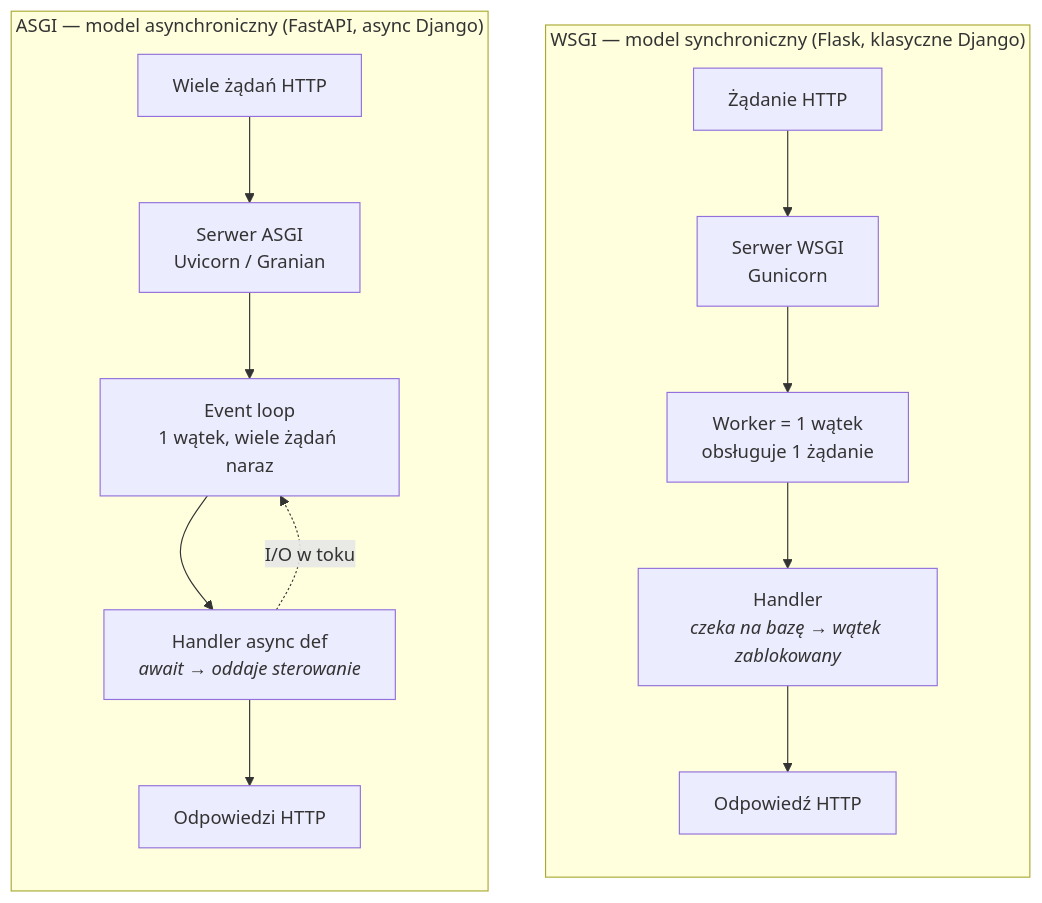
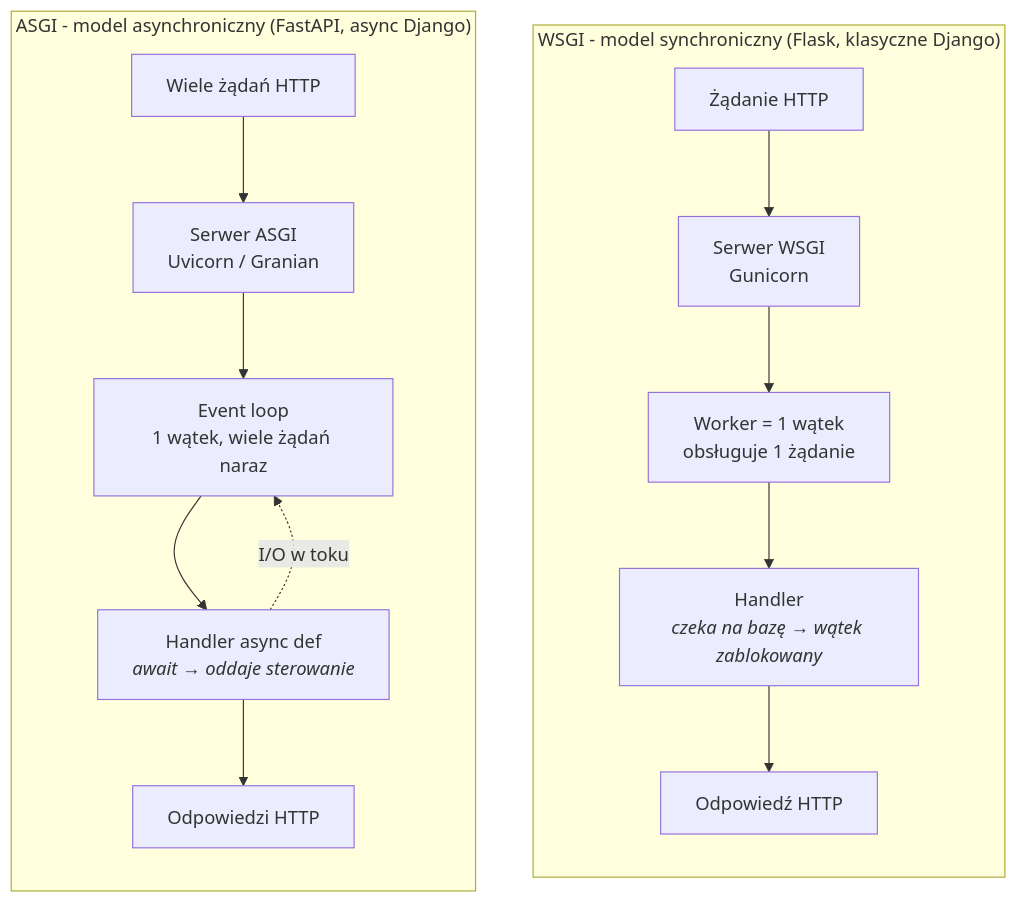
Before and after one commit to SirCypkowskyy/python-for-genai-guide: the second of 2 diagrams in docs/04-web-development.md, drawn with Mermaid. The commit also changed other lines of this file and 9 other files, not shown here.

First line of the commit message:
Zamiana em-dashy na zwykły myślnik + nowe diagramy Mermaid

````diff
--- a/docs/04-web-development.md
+++ b/docs/04-web-development.md
@@ -128,19 +145,19 @@
 ```mermaid
 flowchart TB
-    subgraph WSGI["WSGI — model synchroniczny (Flask, klasyczne Django)"]
+    subgraph WSGI["WSGI - model synchroniczny (Flask, klasyczne Django)"]
         direction TB
         W1["Żądanie HTTP"] --> W2["Serwer WSGI<br/>Gunicorn"]
         W2 --> W3["Worker = 1 wątek<br/>obsługuje 1 żądanie"]
         W3 --> W4["Handler<br/><i>czeka na bazę → wątek zablokowany</i>"]
         W4 --> W5["Odpowiedź HTTP"]
     end
 
-    subgraph ASGI["ASGI — model asynchroniczny (FastAPI, async Django)"]
+    subgraph ASGI["ASGI - model asynchroniczny (FastAPI, async Django)"]
         direction TB
         A1["Wiele żądań HTTP"] --> A2["Serwer ASGI<br/>Uvicorn / Granian"]
         A2 --> A3["Event loop<br/>1 wątek, wiele żądań naraz"]
         A3 --> A4["Handler async def<br/><i>await → oddaje sterowanie</i>"]
         A4 -. "I/O w toku" .-> A3
         A4 --> A5["Odpowiedzi HTTP"]
     end
 ```
````
